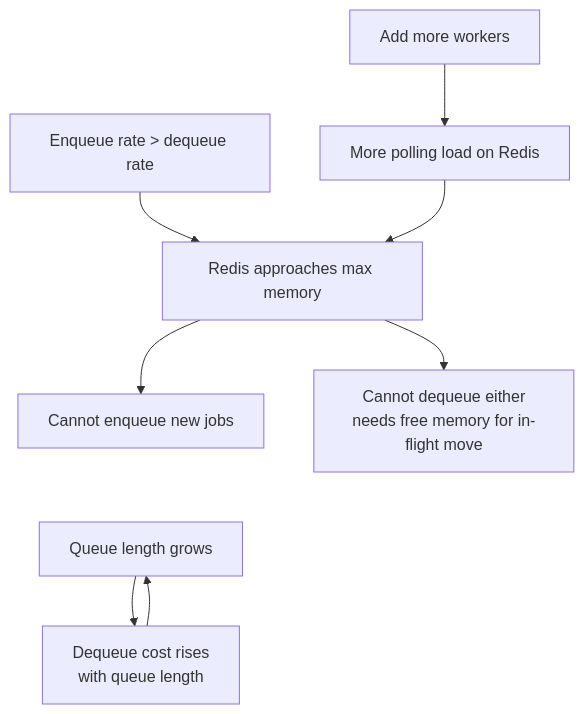
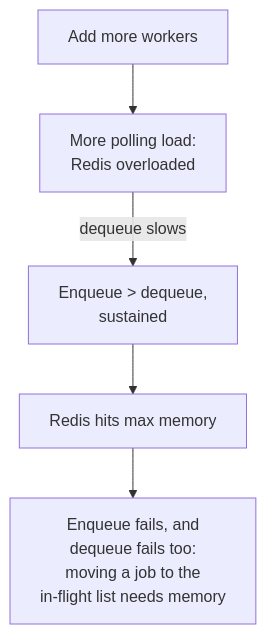
One commit to mimi146/blog changed the second of 3 diagrams in src/content/blog/scaling-slacks-job-queue.md. Above: the diagram before and after it, drawn with Mermaid. The commit also changed other lines of this file, not shown here.

Commit message:
Address review: Fig 2 mechanism and mobile layout, add Fig 3, citations and wording

````diff
--- a/src/content/blog/scaling-slacks-job-queue.md
+++ b/src/content/blog/scaling-slacks-job-queue.md
@@ -63,13 +63,9 @@
 ```mermaid
 flowchart TB
-    accTitle: Feedback loops in the old Redis job queue
-    accDescr: Enqueue faster than dequeue fills Redis memory so neither enqueue nor dequeue works. Adding workers increases polling load. Longer queues make dequeue slower because cost grew with queue length.
-    A["Enqueue rate #gt; dequeue rate"] --> B["Redis approaches max memory"]
-    B --> C["Cannot enqueue new jobs"]
-    B --> D["Cannot dequeue either<br/>needs free memory for in-flight move"]
-    E["Add more workers"] --> F["More polling load on Redis"]
-    F --> B
-    G["Queue length grows"] --> H["Dequeue cost rises<br/>with queue length"]
-    H --> G
-    C ~~~ G
+    accTitle: How a Redis backlog locked up the old job queue
+    accDescr: Adding workers adds polling load, which overloads Redis and slows dequeue. When enqueue outpaces dequeue for a sustained period, Redis hits its memory limit. Then new enqueues fail, and dequeues fail too, because moving a job to the in-flight list needs free memory.
+    E["Add more workers"] --> F["More polling load:<br/>Redis overloaded"]
+    F -->|dequeue slows| A["Enqueue #gt; dequeue,<br/>sustained"]
+    A --> B["Redis hits max memory"]
+    B --> C["Enqueue fails, and<br/>dequeue fails too:<br/>moving a job to the<br/>in-flight list needs memory"]
 ```
````
